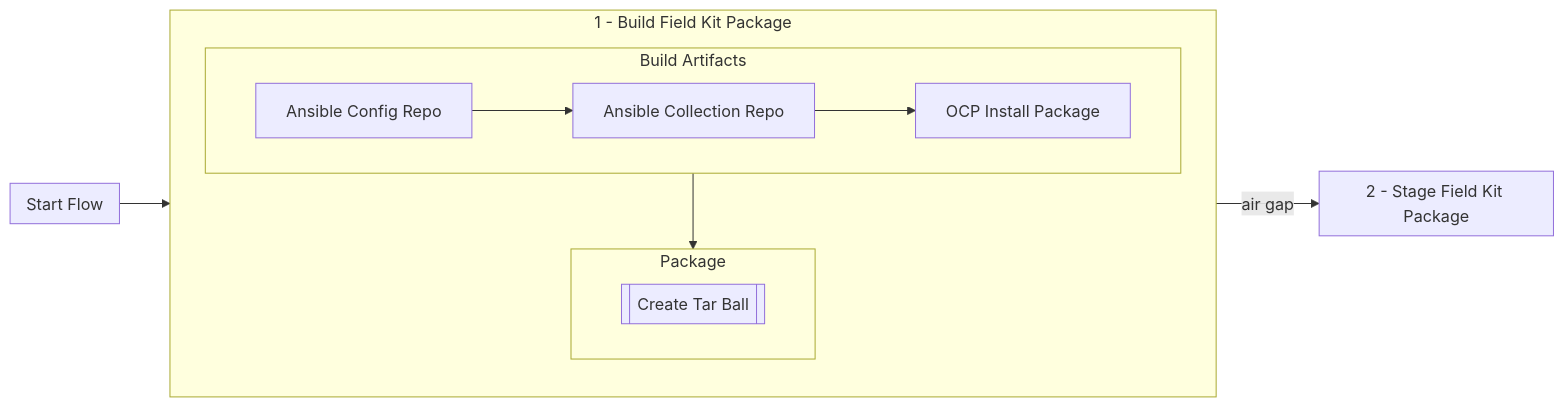
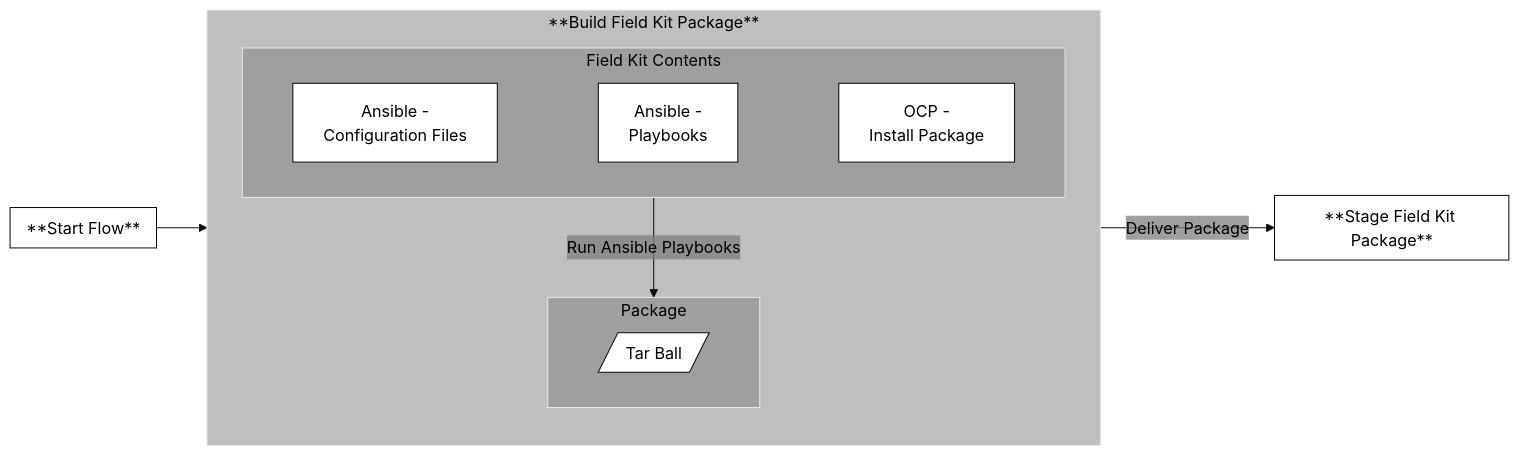
One commit to ppremru/LaunchFieldKitAdoption changed the diagram in workflow/diagram-1.md. Above: the diagram before and after it, drawn with Mermaid. The commit also changed other lines of this file and 17 other files, not shown here.

Commit message:
Sweep of updates to diagrams (#36)

````diff
--- a/workflow/diagram-1.md
+++ b/workflow/diagram-1.md
@@ -3,20 +3,37 @@
 ```mermaid
+---
+config:
+  theme: 'base'
+  themeVariables:
+    primaryColor: '#FFFFFFFF'
+    primaryTextColor: '#000000'
+    primaryBorderColor: '#0c0909ff'
+    clusterBkg: '#80808080'
+    lineColor: '#0e0d0dff'
+    secondaryColor: '#80808080'
+---
 flowchart LR
-    subgraph Start[Start Flow]
+    subgraph Start[**Start Flow**]
     end
-    subgraph 1[1 - Build Field Kit Package]
-        subgraph Build[Build Artifacts]
-          Build1[Ansible Config Repo]
-          Build2[Ansible Collection Repo]
-          Build3[OCP Install Package]
+    subgraph 1[**Build Field Kit Package**]
+        direction TB
+        subgraph Build[Field Kit Contents]
+          Build1["Ansible - 
+            Configuration Files"]
+          Build2["Ansible  - 
+            Playbooks"]
+          Build3["OCP - 
+            Install Package"]
         end
         subgraph Package[Package]
-          Package1[[Create Tar Ball]]
+          Package1[/Tar Ball/]
         end
+
+        
     end
-    subgraph 2[2 - Stage Field Kit Package]
+    subgraph 2[**Stage Field Kit Package**]
     end
-    Build --> Package
-    Build1 --> Build2 --> Build3
-    Start --> 1 -- air gap --> 2
+    Build -- Run Ansible Playbooks --> Package
+    Build1 ~~~ Build2 ~~~ Build3
+    Start --> 1 -- Deliver Package --> 2 
 ```
````
